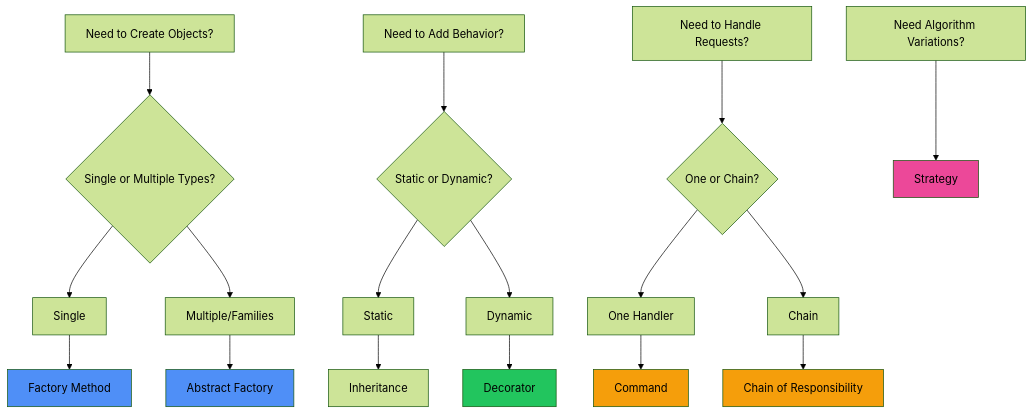
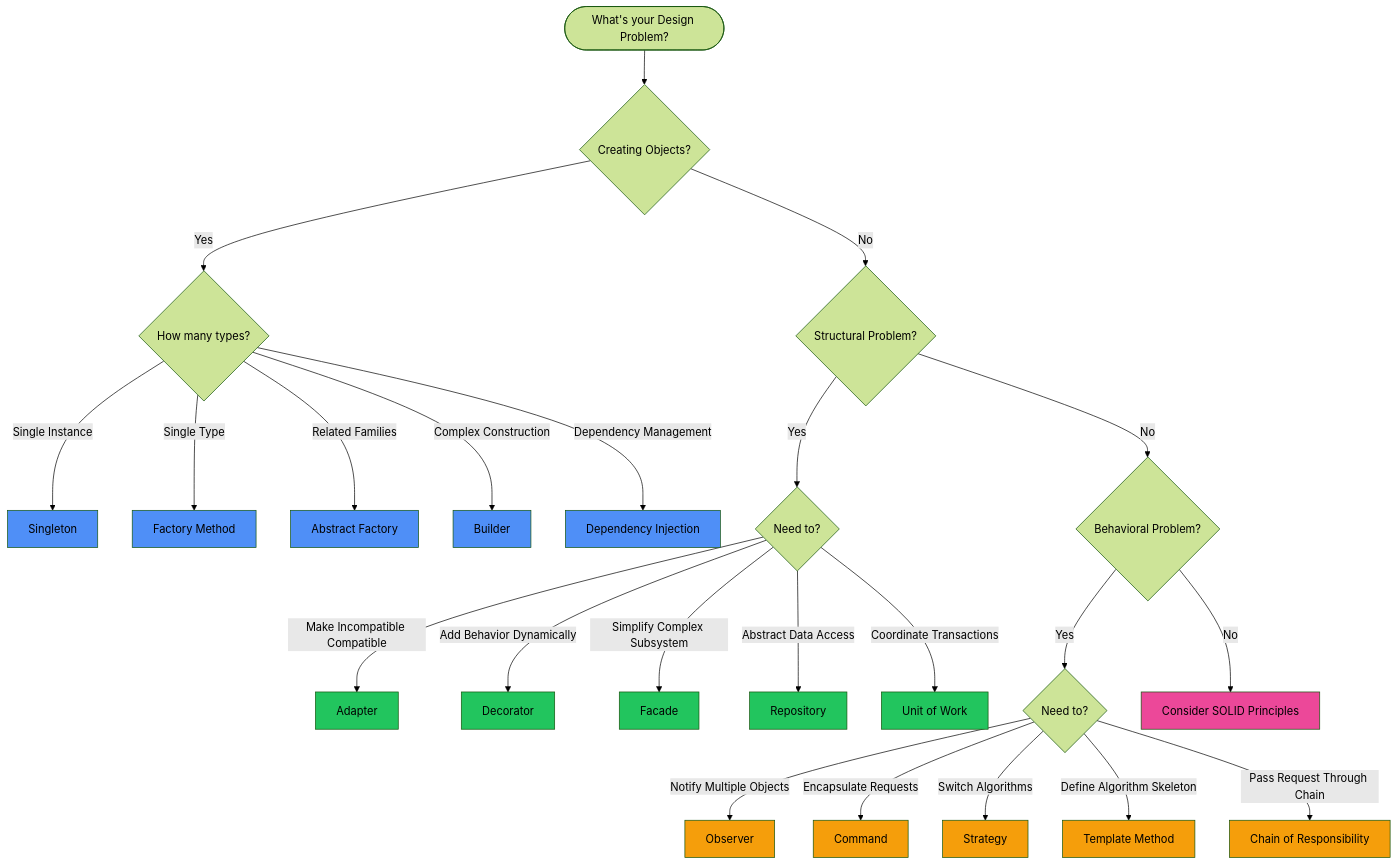
One commit to mleppedev/aio changed the diagram in docs/tablas/design-patterns.md. Above: the diagram before and after it, drawn with Mermaid (forest theme). The commit also changed 4 other files, not shown here.

````diff
--- a/docs/tablas/design-patterns.md
+++ b/docs/tablas/design-patterns.md
@@ -273,23 +273,48 @@
 ```mermaid
 graph TD
-    A[Need to Create Objects?] --> B{Single or Multiple Types?}
-    B --> C[Single] --> D[Factory Method]
-    B --> E[Multiple/Families] --> F[Abstract Factory]
+    Start([What's your Design Problem?]) --> A{Creating Objects?}
 
-    G[Need to Add Behavior?] --> H{Static or Dynamic?}
-    H --> I[Static] --> J[Inheritance]
-    H --> K[Dynamic] --> L[Decorator]
+    A -->|Yes| B{How many types?}
+    B -->|Single Instance| C[Singleton]
+    B -->|Single Type| D[Factory Method]
+    B -->|Related Families| E[Abstract Factory]
+    B -->|Complex Construction| F[Builder]
+    B -->|Dependency Management| G[Dependency Injection]
 
-    M[Need to Handle Requests?] --> N{One or Chain?}
-    N --> O[One Handler] --> P[Command]
-    N --> Q[Chain] --> R[Chain of Responsibility]
+    A -->|No| H{Structural Problem?}
 
-    S[Need Algorithm Variations?] --> T[Strategy]
+    H -->|Yes| I{Need to?}
+    I -->|Make Incompatible Compatible| J[Adapter]
+    I -->|Add Behavior Dynamically| K[Decorator]
+    I -->|Simplify Complex Subsystem| L[Facade]
+    I -->|Abstract Data Access| M[Repository]
+    I -->|Coordinate Transactions| N[Unit of Work]
 
+    H -->|No| O{Behavioral Problem?}
+
+    O -->|Yes| P{Need to?}
+    P -->|Notify Multiple Objects| Q[Observer]
+    P -->|Encapsulate Requests| R[Command]
+    P -->|Switch Algorithms| S[Strategy]
+    P -->|Define Algorithm Skeleton| T[Template Method]
+    P -->|Pass Request Through Chain| U[Chain of Responsibility]
+
+    O -->|No| V[Consider SOLID Principles]
+
+    style C fill:#4f8ff7
     style D fill:#4f8ff7
+    style E fill:#4f8ff7
     style F fill:#4f8ff7
+    style G fill:#4f8ff7
+    style J fill:#22c55e
+    style K fill:#22c55e
     style L fill:#22c55e
-    style P fill:#f59e0b
+    style M fill:#22c55e
+    style N fill:#22c55e
+    style Q fill:#f59e0b
     style R fill:#f59e0b
-    style T fill:#ec4899
+    style S fill:#f59e0b
+    style T fill:#f59e0b
+    style U fill:#f59e0b
+    style V fill:#ec4899
 ```
````
